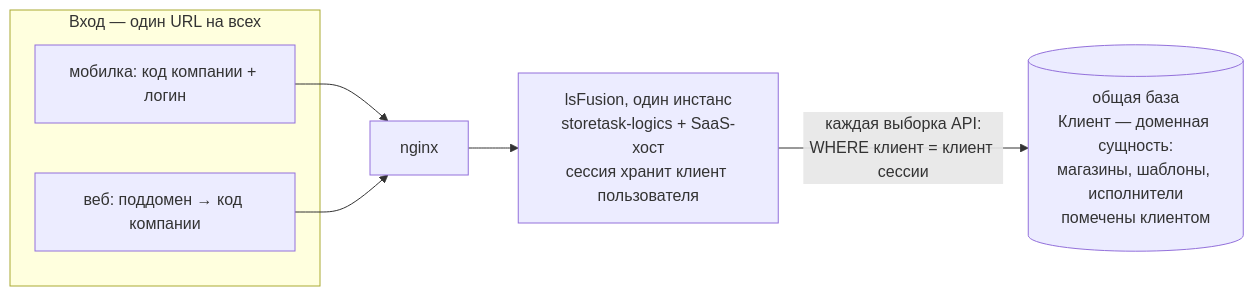
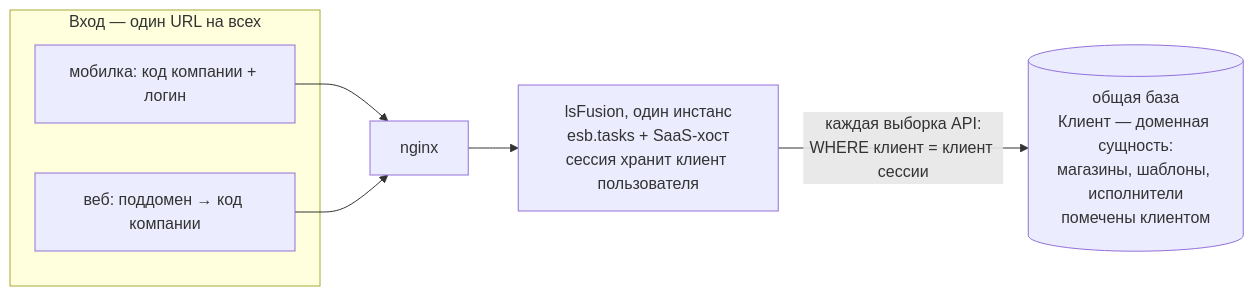
The fifth of 6 diagrams in docs/saas-architecture.md (ahean92/retailtaskmanager), drawn with Mermaid before and after one commit. The commit also changed other lines of this file and 11 other files, not shown here.

First line of the commit message:
[Артефакт] Переименование storetask-logics → esb.tasks: 1.0-SNAPSHOT на платформе 6.2

````diff
--- a/docs/saas-architecture.md
+++ b/docs/saas-architecture.md
@@ -156,15 +156,15 @@
 ```mermaid
 flowchart LR
     subgraph entry["Вход — один URL на всех"]
         M["мобилка: код компании + логин"]
         W["веб: поддомен → код компании"]
     end
     NG["nginx"]
-    APP["lsFusion, один инстанс<br/>storetask-logics + SaaS-хост<br/>сессия хранит клиент пользователя"]
+    APP["lsFusion, один инстанс<br/>esb.tasks + SaaS-хост<br/>сессия хранит клиент пользователя"]
     DB[("общая база<br/>Клиент — доменная сущность:<br/>магазины, шаблоны, исполнители<br/>помечены клиентом")]
 
     M --> NG
     W --> NG
     NG --> APP
     APP -->|"каждая выборка API:<br/>WHERE клиент = клиент сессии"| DB
 ```
````
